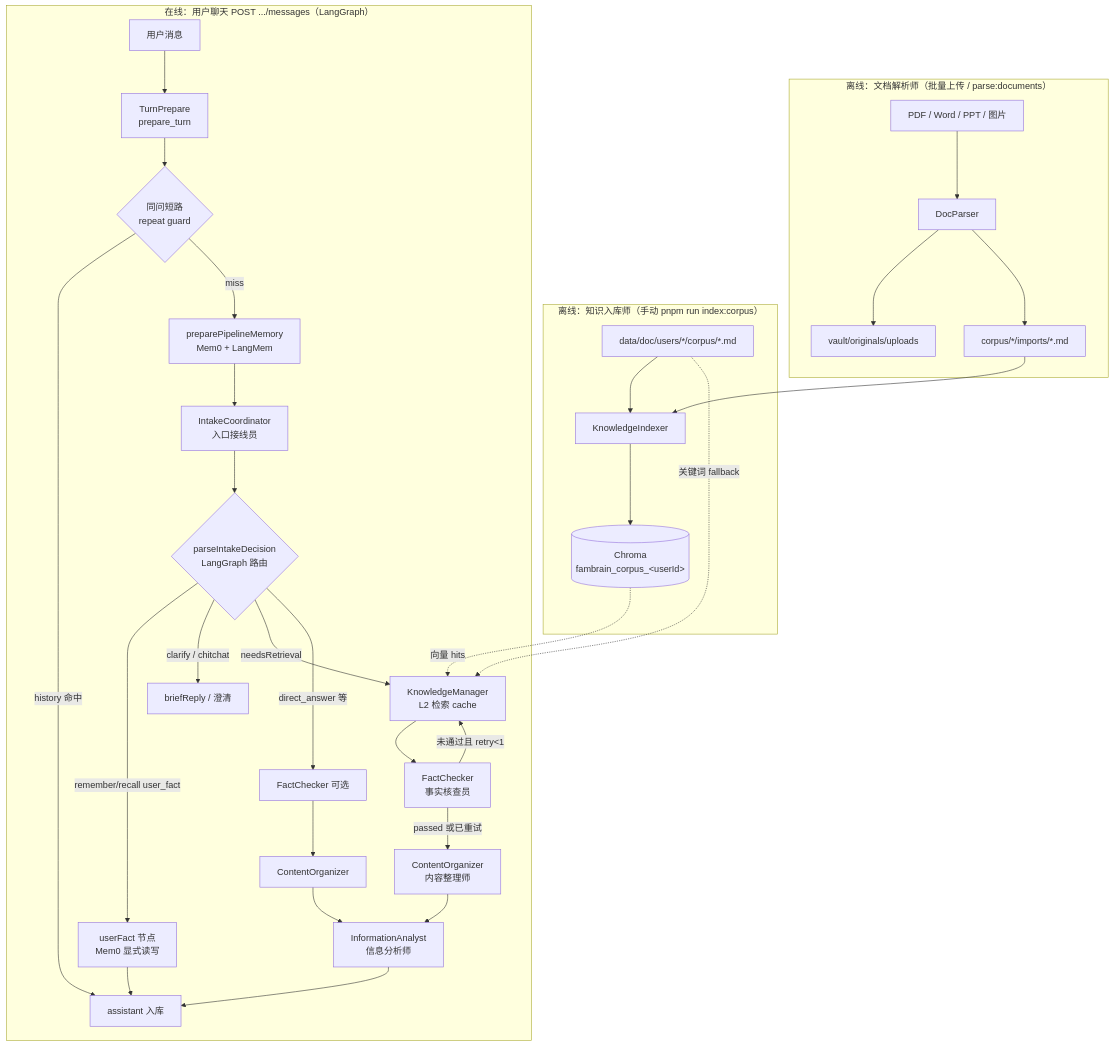
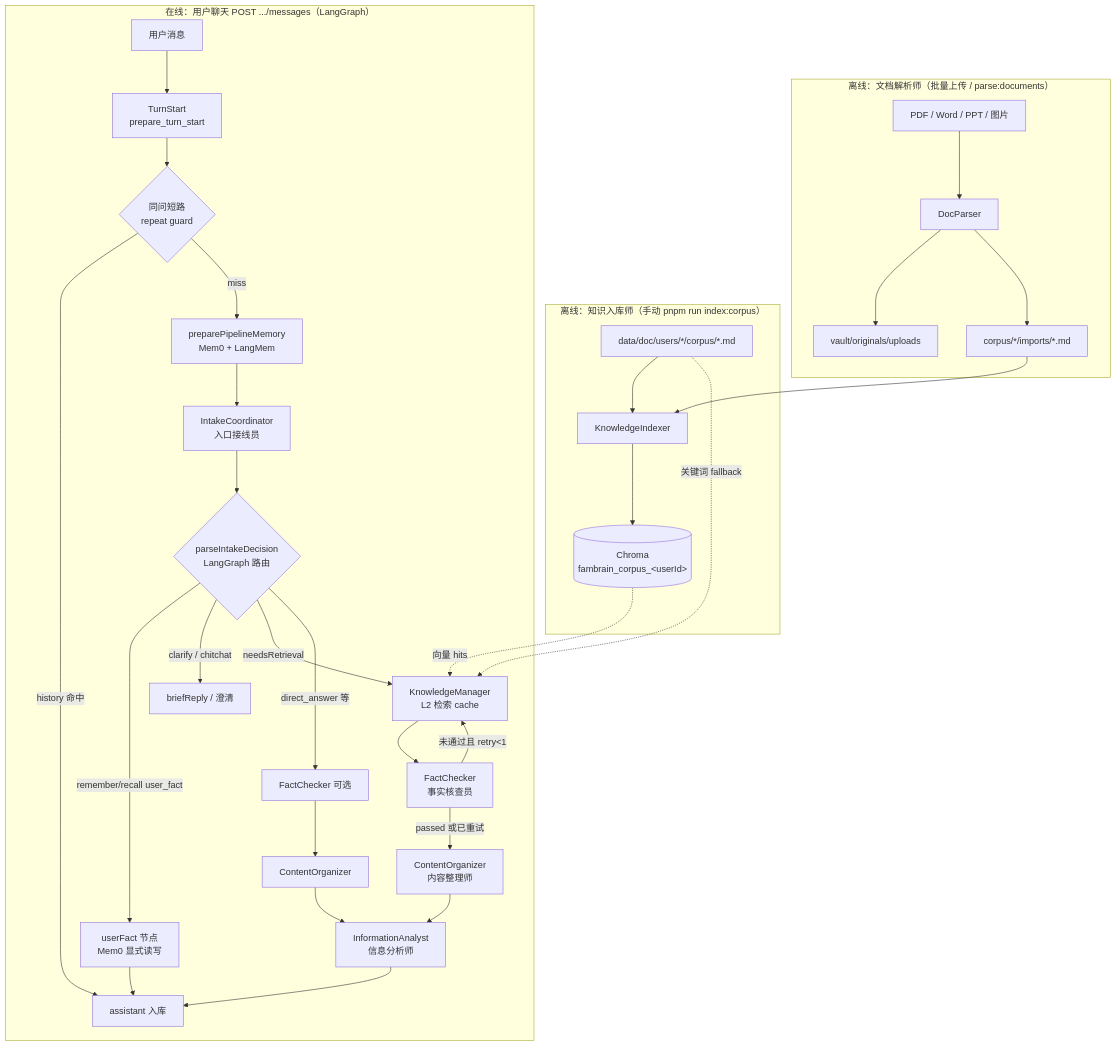
The first of 13 diagrams in docs/02-agent-flows.md (panzhanfei/fambrain-agents), drawn with Mermaid before and after one commit. The commit also changed other lines of this file and 26 other files, not shown here.

````diff
--- a/docs/02-agent-flows.md
+++ b/docs/02-agent-flows.md
@@ -29,42 +30,42 @@
 ```mermaid
 flowchart TB
   subgraph offline ["离线：知识入库师（手动 pnpm run index:corpus）"]
     MD["data/doc/users/*/corpus/*.md"]
     KI["KnowledgeIndexer"]
     CH[("Chroma<br/>fambrain_corpus_&lt;userId&gt;")]
     MD --> KI --> CH
   end
 
   subgraph ingest ["离线：文档解析师（批量上传 / parse:documents）"]
     UP["PDF / Word / PPT / 图片"]
     DP["DocParser"]
     VAULT["vault/originals/uploads"]
     IMP["corpus/*/imports/*.md"]
     UP --> DP
     DP --> VAULT
     DP --> IMP
     IMP --> KI
   end
 
   subgraph online ["在线：用户聊天 POST .../messages（LangGraph）"]
-    U[用户消息] --> PT[TurnPrepare<br/>prepare_turn]
+    U[用户消息] --> PT[TurnStart<br/>prepare_turn_start]
     PT --> REP{同问短路<br/>repeat guard}
     REP -->|history 命中| OUT[assistant 流式输出]
     REP -->|miss| MEM["preparePipelineMemory<br/>Mem0 + LangMem"]
     MEM --> IC[IntakeCoordinator<br/>入口接线员]
     IC --> P{parseIntakeDecision<br/>LangGraph 路由}
     P -->|remember/recall user_fact| UF[userFact 节点<br/>Mem0 显式读写]
     P -->|clarify / chitchat| R1[briefReply / 澄清]
     P -->|needsRetrieval| KM[KnowledgeManager<br/>L2 检索 cache]
     KM --> FC[FactChecker<br/>事实核查员]
     FC -->|passed 或已重试| CO[ContentOrganizer<br/>内容整理师]
     FC -->|未通过且 retry&lt;1| KM
     CO --> IA[InformationAnalyst<br/>信息分析师]
     P -->|direct_answer 等| FC2[FactChecker 可选] --> CO2[ContentOrganizer] --> IA
     IA --> OUT[assistant 入库]
     UF --> OUT
   end
 
   CH -.->|向量 hits| KM
   MD -.->|关键词 fallback| KM
 ```
````
